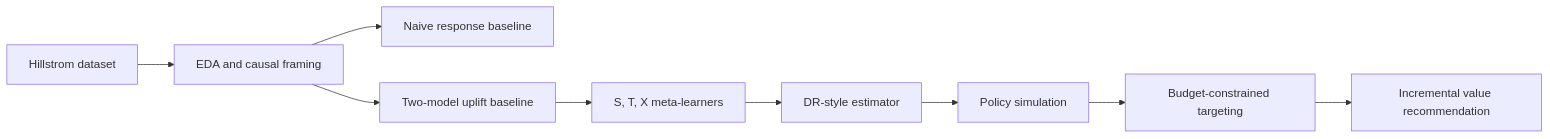
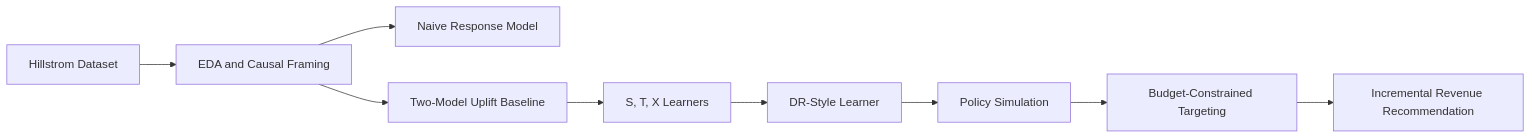
Before and after one commit to pranav-revee/uplift-modeling-causal-ml: the diagram in README.md, drawn with Mermaid. The commit also changed other lines of this file, not shown here.

````diff
--- a/README.md
+++ b/README.md
@@ -141,11 +134,11 @@
 ```mermaid
 flowchart LR
-    A[Hillstrom dataset] --> B[EDA and causal framing]
-    B --> C[Naive response baseline]
-    B --> D[Two-model uplift baseline]
-    D --> E[S, T, X meta-learners]
-    E --> F[DR-style estimator]
-    F --> G[Policy simulation]
-    G --> H[Budget-constrained targeting]
-    H --> I[Incremental value recommendation]
+    A[Hillstrom Dataset] --> B[EDA and Causal Framing]
+    B --> C[Naive Response Model]
+    B --> D[Two-Model Uplift Baseline]
+    D --> E[S, T, X Learners]
+    E --> F[DR-Style Learner]
+    F --> G[Policy Simulation]
+    G --> H[Budget-Constrained Targeting]
+    H --> I[Incremental Revenue Recommendation]
 ```
````
